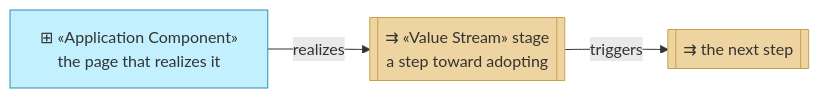
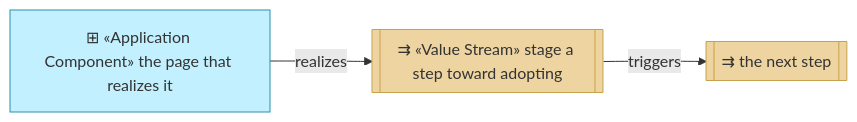
The first of 2 diagrams in product-archreator/site/architecture/1_strategy/3_value-stream.md (roanboc/architecture-archreator), drawn with Mermaid before and after one commit. The commit also changed other lines of this file and 38 other files, not shown here.

````diff
--- a/product-archreator/site/architecture/1_strategy/3_value-stream.md
+++ b/product-archreator/site/architecture/1_strategy/3_value-stream.md
@@ -9,12 +9,12 @@
 ```mermaid
 flowchart LR
-  s1[["⇉ «Value Stream» stage<br>a step toward adopting"]]:::stage
+  s1[["⇉ «Value Stream» stage a step toward adopting"]]:::stage
   s2[["⇉ the next step"]]:::stage
-  acmp["⊞ «Application Component»<br>the page that realizes it"]:::component
+  acmp["⊞ «Application Component» the page that realizes it"]:::component
 
   s1 -->|triggers| s2
   acmp -->|realizes| s1
 
   classDef stage fill:#eed4a0,stroke:#c8a24a,color:#333
   classDef component fill:#c2f0ff,stroke:#2a8fb0,color:#333
 ```
````
